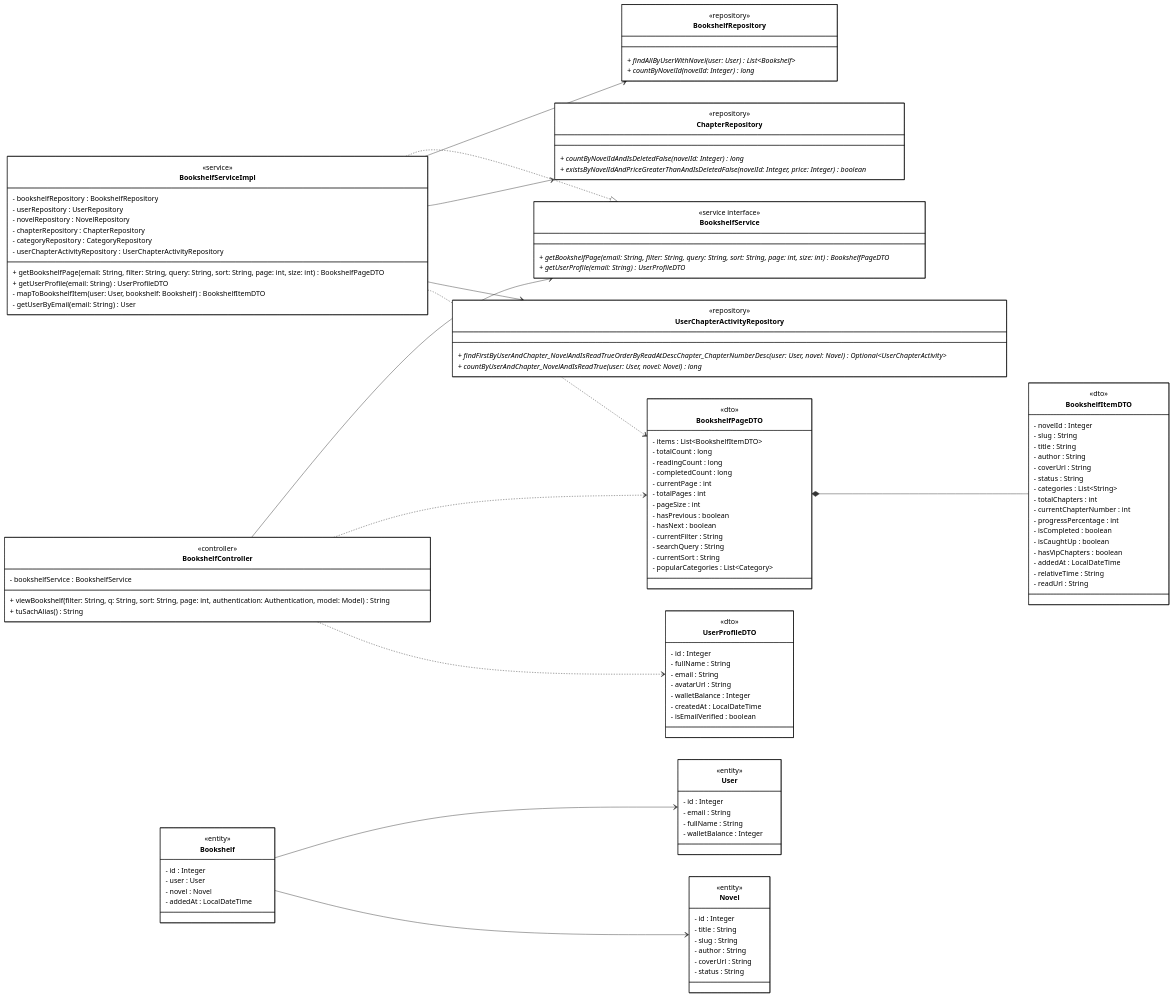
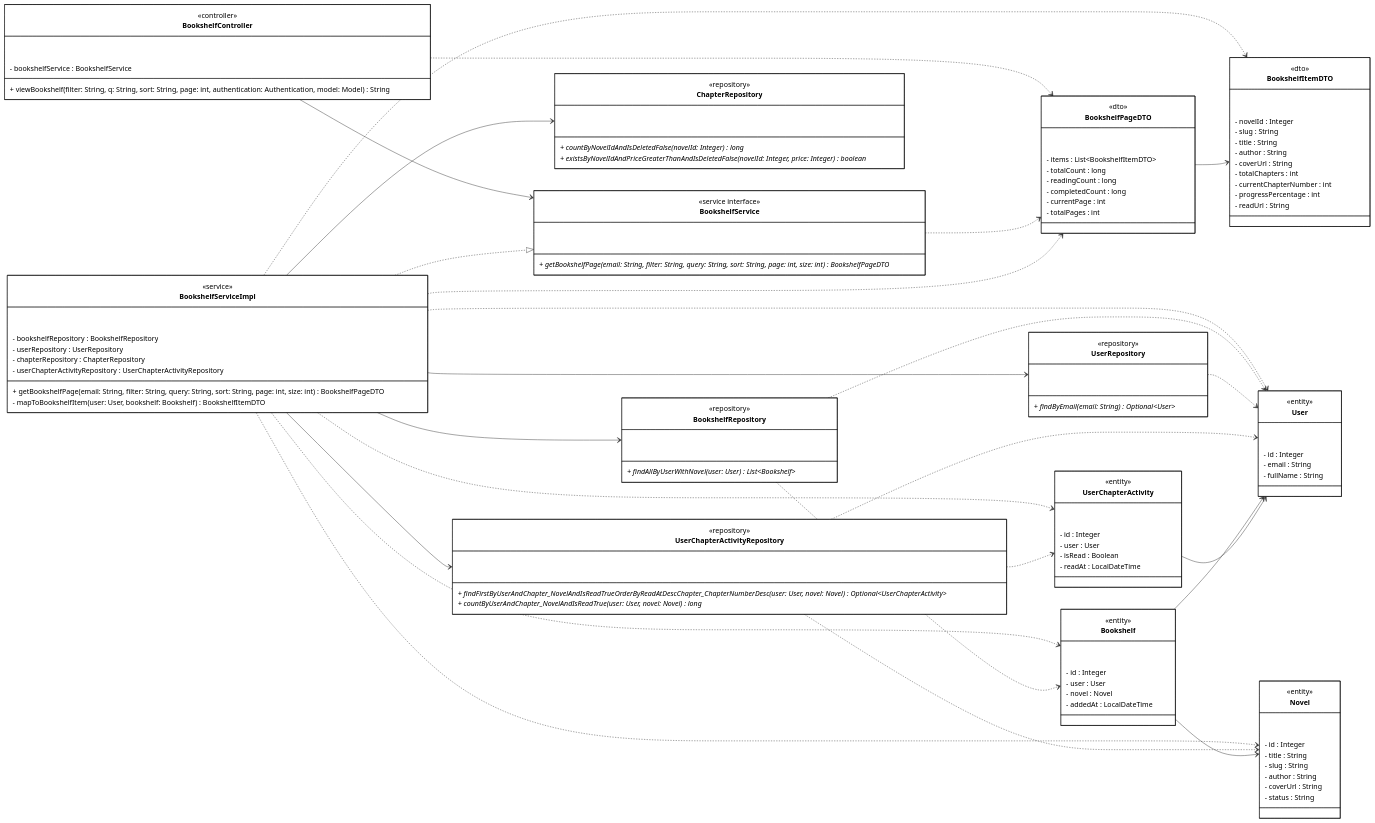
One commit to Phuoctai228/tram-truyen changed the diagram in docs/diagrams/class_mermaid/cls_mm_uc18_view_bookshelf.mmd. Above: the diagram before and after it, drawn with Mermaid. The commit also changed 85 other files, not shown here.

Commit message:
feat: add module 2 backend, documentation, and frontend assets for novel reading and management

```diff
--- a/docs/diagrams/class_mermaid/cls_mm_uc18_view_bookshelf.mmd
+++ b/docs/diagrams/class_mermaid/cls_mm_uc18_view_bookshelf.mmd
@@ -1,138 +1,154 @@
 classDiagram
-direction LR
+    direction LR
 
-class BookshelfController {
-    <<controller>>
-    - bookshelfService : BookshelfService
-    + viewBookshelf(filter: String, q: String, sort: String, page: int, authentication: Authentication, model: Model) String
-    + tuSachAlias() String
-}
+    class BookshelfController {
+        <<controller>>
+        ⠀
+        ⠀⠀
+        - bookshelfService : BookshelfService
+        + viewBookshelf(filter: String, q: String, sort: String, page: int, authentication: Authentication, model: Model) String
+    }
 
-class BookshelfService {
-    <<service interface>>
-    + getBookshelfPage(email: String, filter: String, query: String, sort: String, page: int, size: int) BookshelfPageDTO*
-    + getUserProfile(email: String) UserProfileDTO*
-}
+    class BookshelfService {
+        <<service interface>>
+        ⠀
+        ⠀⠀
+        + getBookshelfPage(email: String, filter: String, query: String, sort: String, page: int, size: int) BookshelfPageDTO*
+    }
 
-class BookshelfServiceImpl {
-    <<service>>
-    - bookshelfRepository : BookshelfRepository
-    - userRepository : UserRepository
-    - novelRepository : NovelRepository
-    - chapterRepository : ChapterRepository
-    - categoryRepository : CategoryRepository
-    - userChapterActivityRepository : UserChapterActivityRepository
-    + getBookshelfPage(email: String, filter: String, query: String, sort: String, page: int, size: int) BookshelfPageDTO
-    + getUserProfile(email: String) UserProfileDTO
-    - mapToBookshelfItem(user: User, bookshelf: Bookshelf) BookshelfItemDTO
-    - getUserByEmail(email: String) User
-}
+    class BookshelfServiceImpl {
+        <<service>>
+        ⠀
+        ⠀⠀
+        - bookshelfRepository : BookshelfRepository
+        - userRepository : UserRepository
+        - chapterRepository : ChapterRepository
+        - userChapterActivityRepository : UserChapterActivityRepository
+        + getBookshelfPage(email: String, filter: String, query: String, sort: String, page: int, size: int) BookshelfPageDTO
+        - mapToBookshelfItem(user: User, bookshelf: Bookshelf) BookshelfItemDTO
+    }
 
-class BookshelfRepository {
-    <<repository>>
-    + findAllByUserWithNovel(user: User) List~Bookshelf~*
-    + countByNovelId(novelId: Integer) long*
-}
+    class BookshelfPageDTO {
+        <<dto>>
+        ⠀
+        ⠀⠀
+        - items : List~BookshelfItemDTO~
+        - totalCount : long
+        - readingCount : long
+        - completedCount : long
+        - currentPage : int
+        - totalPages : int
+    }
 
-class ChapterRepository {
-    <<repository>>
-    + countByNovelIdAndIsDeletedFalse(novelId: Integer) long*
-    + existsByNovelIdAndPriceGreaterThanAndIsDeletedFalse(novelId: Integer, price: Integer) boolean*
-}
+    class BookshelfItemDTO {
+        <<dto>>
+        ⠀
+        ⠀⠀
+        - novelId : Integer
+        - slug : String
+        - title : String
+        - author : String
+        - coverUrl : String
+        - totalChapters : int
+        - currentChapterNumber : int
+        - progressPercentage : int
+        - readUrl : String
+    }
 
-class UserChapterActivityRepository {
-    <<repository>>
-    + findFirstByUserAndChapter_NovelAndIsReadTrueOrderByReadAtDescChapter_ChapterNumberDesc(user: User, novel: Novel) Optional~UserChapterActivity~*
-    + countByUserAndChapter_NovelAndIsReadTrue(user: User, novel: Novel) long*
-}
+    class BookshelfRepository {
+        <<repository>>
+        ⠀
+        ⠀⠀
+        + findAllByUserWithNovel(user: User) List~Bookshelf~*
+    }
 
-class BookshelfPageDTO {
-    <<dto>>
-    - items : List~BookshelfItemDTO~
-    - totalCount : long
-    - readingCount : long
-    - completedCount : long
-    - currentPage : int
-    - totalPages : int
-    - pageSize : int
-    - hasPrevious : boolean
-    - hasNext : boolean
-    - currentFilter : String
-    - searchQuery : String
-    - currentSort : String
-    - popularCategories : List~Category~
-}
+    class UserRepository {
+        <<repository>>
+        ⠀
+        ⠀⠀
+        + findByEmail(email: String) Optional~User~*
+    }
 
-class BookshelfItemDTO {
-    <<dto>>
-    - novelId : Integer
-    - slug : String
-    - title : String
-    - author : String
-    - coverUrl : String
-    - status : String
-    - categories : List~String~
-    - totalChapters : int
-    - currentChapterNumber : int
-    - progressPercentage : int
-    - isCompleted : boolean
-    - isCaughtUp : boolean
-    - hasVipChapters : boolean
-    - addedAt : LocalDateTime
-    - relativeTime : String
-    - readUrl : String
-}
+    class ChapterRepository {
+        <<repository>>
+        ⠀
+        ⠀⠀
+        + countByNovelIdAndIsDeletedFalse(novelId: Integer) long*
+        + existsByNovelIdAndPriceGreaterThanAndIsDeletedFalse(novelId: Integer, price: Integer) boolean*
+    }
 
-class UserProfileDTO {
-    <<dto>>
-    - id : Integer
-    - fullName : String
-    - email : String
-    - avatarUrl : String
-    - walletBalance : Integer
-    - createdAt : LocalDateTime
-    - isEmailVerified : boolean
-}
+    class UserChapterActivityRepository {
+        <<repository>>
+        ⠀
+        ⠀⠀
+        + findFirstByUserAndChapter_NovelAndIsReadTrueOrderByReadAtDescChapter_ChapterNumberDesc(user: User, novel: Novel) Optional~UserChapterActivity~*
+        + countByUserAndChapter_NovelAndIsReadTrue(user: User, novel: Novel) long*
+    }
 
-class Bookshelf {
-    <<entity>>
-    - id : Integer
-    - user : User
-    - novel : Novel
-    - addedAt : LocalDateTime
-}
+    class Bookshelf {
+        <<entity>>
+        ⠀
+        ⠀⠀
+        - id : Integer
+        - user : User
+        - novel : Novel
+        - addedAt : LocalDateTime
+    }
 
-class Novel {
-    <<entity>>
-    - id : Integer
-    - title : String
-    - slug : String
-    - author : String
-    - coverUrl : String
-    - status : String
-}
+    class Novel {
+        <<entity>>
+        ⠀
+        ⠀⠀
+        - id : Integer
+        - title : String
+        - slug : String
+        - author : String
+        - coverUrl : String
+        - status : String
+    }
 
-class User {
-    <<entity>>
-    - id : Integer
-    - email : String
-    - fullName : String
-    - walletBalance : Integer
-}
+    class User {
+        <<entity>>
+        ⠀
+        ⠀⠀
+        - id : Integer
+        - email : String
+        - fullName : String
+    }
 
-BookshelfController --> BookshelfService
-BookshelfServiceImpl ..|> BookshelfService
+    class UserChapterActivity {
+        <<entity>>
+        ⠀
+        ⠀⠀
+        - id : Integer
+        - user : User
+        - isRead : Boolean
+        - readAt : LocalDateTime
+    }
 
-BookshelfServiceImpl --> BookshelfRepository
-BookshelfServiceImpl --> ChapterRepository
-BookshelfServiceImpl --> UserChapterActivityRepository
+    BookshelfController --> BookshelfService
+    BookshelfController ..> BookshelfPageDTO
+    BookshelfServiceImpl ..|> BookshelfService
+    BookshelfService ..> BookshelfPageDTO
+    BookshelfServiceImpl --> BookshelfRepository
+    BookshelfServiceImpl --> UserRepository
+    BookshelfServiceImpl --> ChapterRepository
+    BookshelfServiceImpl --> UserChapterActivityRepository
+    BookshelfServiceImpl ..> BookshelfPageDTO
+    BookshelfServiceImpl ..> BookshelfItemDTO
+    BookshelfServiceImpl ..> Bookshelf
+    BookshelfServiceImpl ..> User
+    BookshelfServiceImpl ..> Novel
+    BookshelfServiceImpl ..> UserChapterActivity
+    BookshelfPageDTO --> BookshelfItemDTO
+    BookshelfRepository ..> Bookshelf
+    BookshelfRepository ..> User
+    UserRepository ..> User
+    UserChapterActivityRepository ..> UserChapterActivity
+    UserChapterActivityRepository ..> User
+    UserChapterActivityRepository ..> Novel
+    Bookshelf --> User
+    Bookshelf --> Novel
+    UserChapterActivity --> User
 
-BookshelfController ..> BookshelfPageDTO
-BookshelfController ..> UserProfileDTO
-BookshelfServiceImpl ..> BookshelfPageDTO
-BookshelfPageDTO *-- BookshelfItemDTO
-
-Bookshelf --> User
-Bookshelf --> Novel
-
-classDef default fill:#FFFFFF,stroke:#000000,stroke-width:1px,color:#000000
+    classDef default fill:#FFFFFF,stroke:#000000,stroke-width:1px,color:#000000
```
